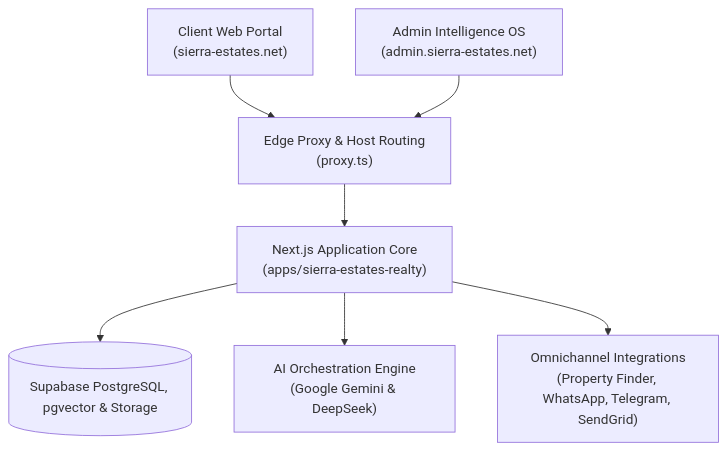
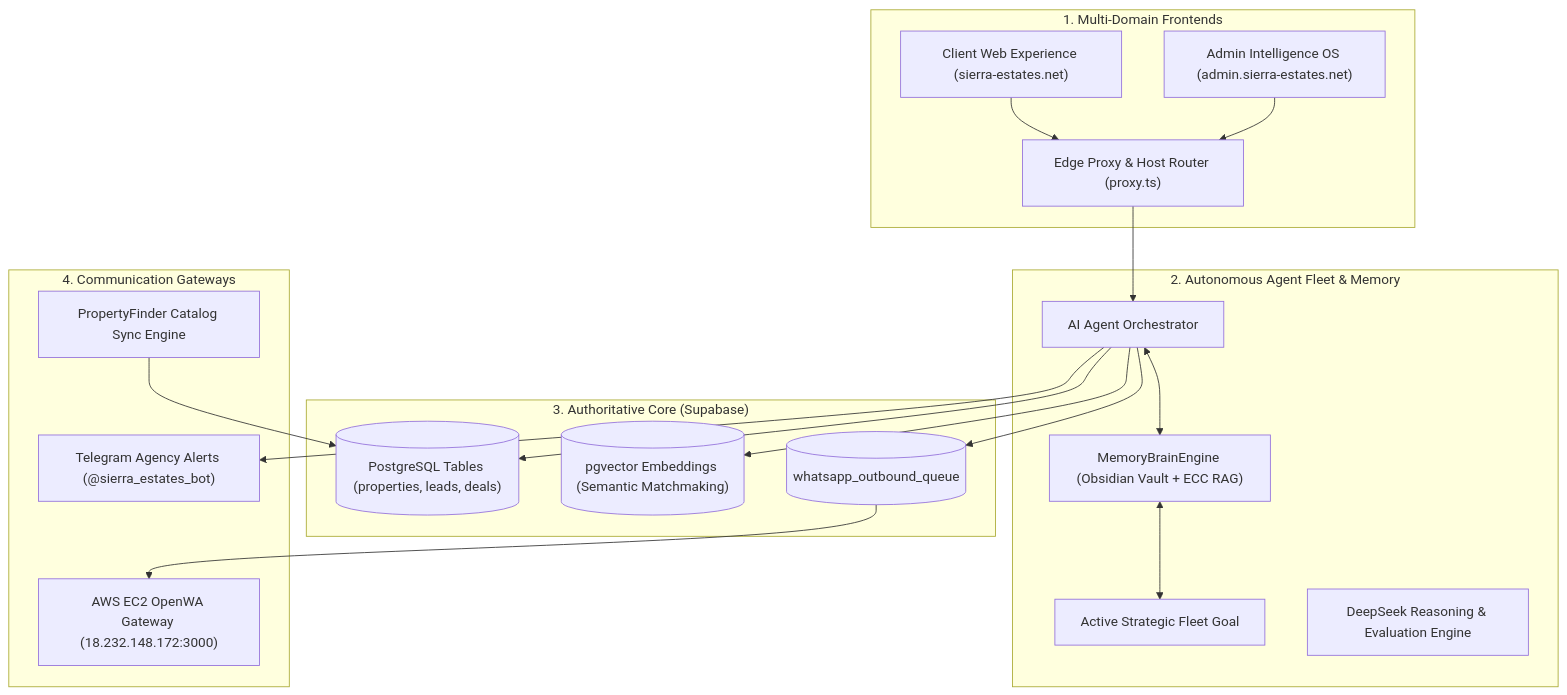
The diagram in README.md (sierrablue8866-droid/SE-Vercel-deploy-main), drawn with Mermaid before and after one commit. The commit also changed other lines of this file and 36 other files, not shown here.

````diff
--- a/README.md
+++ b/README.md
@@ -21,16 +22,41 @@
 ```mermaid
-graph TD
-    Client["Client Web Portal\n(sierra-estates.net)"]
-    Admin["Admin Intelligence OS\n(admin.sierra-estates.net)"]
-    
-    Proxy["Edge Proxy & Host Routing\n(proxy.ts)"]
-    
-    Client --> Proxy
-    Admin --> Proxy
-    
-    Proxy --> Core["Next.js Application Core\n(apps/sierra-estates-realty)"]
-    
-    Core --> Supabase[("Supabase PostgreSQL, pgvector & Storage")]
-    Core --> AI["AI Orchestration Engine\n(Google Gemini & DeepSeek)"]
-    Core --> Integrations["Omnichannel Integrations\n(Property Finder, WhatsApp, Telegram, SendGrid)"]
+flowchart TD
+    subgraph Clients ["1. Multi-Domain Frontends"]
+        PORTAL["Client Web Experience (sierra-estates.net)"]
+        ADMIN["Admin Intelligence OS (admin.sierra-estates.net)"]
+        PROXY["Edge Proxy & Host Router (proxy.ts)"]
+    end
+
+    subgraph Agents ["2. Autonomous Agent Fleet & Memory"]
+        ORCH["AI Agent Orchestrator"]
+        BRAIN["MemoryBrainEngine (Obsidian Vault + ECC RAG)"]
+        GOAL["Active Strategic Fleet Goal"]
+        HARNESS["DeepSeek Reasoning & Evaluation Engine"]
+    end
+
+    subgraph Core ["3. Authoritative Core (Supabase)"]
+        DB[("PostgreSQL Tables (properties, leads, deals)")]
+        VEC[("pgvector Embeddings (Semantic Matchmaking)")]
+        QUEUE[("whatsapp_outbound_queue")]
+    end
+
+    subgraph Outreach ["4. Communication Gateways"]
+        WA["AWS EC2 OpenWA Gateway (18.232.148.172:3000)"]
+        TG["Telegram Agency Alerts (@sierra_estates_bot)"]
+        PF["PropertyFinder Catalog Sync Engine"]
+    end
+
+    PORTAL --> PROXY
+    ADMIN --> PROXY
+    PROXY --> ORCH
+
+    ORCH <--> BRAIN
+    BRAIN <--> GOAL
+    ORCH --> DB
+    ORCH --> VEC
+    ORCH --> QUEUE
+    ORCH --> TG
+
+    QUEUE --> WA
+    PF --> DB
 ```
````
